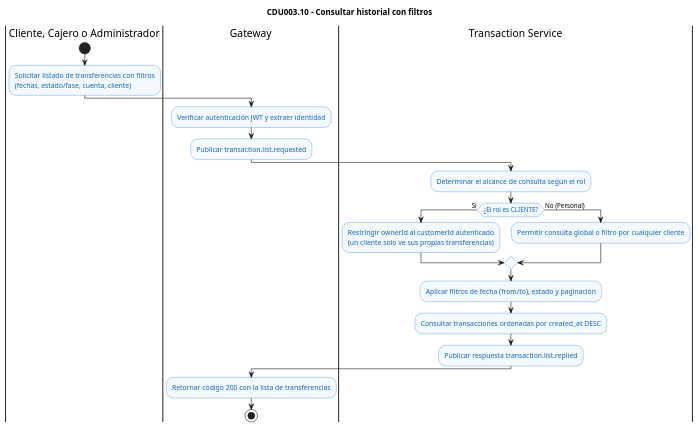
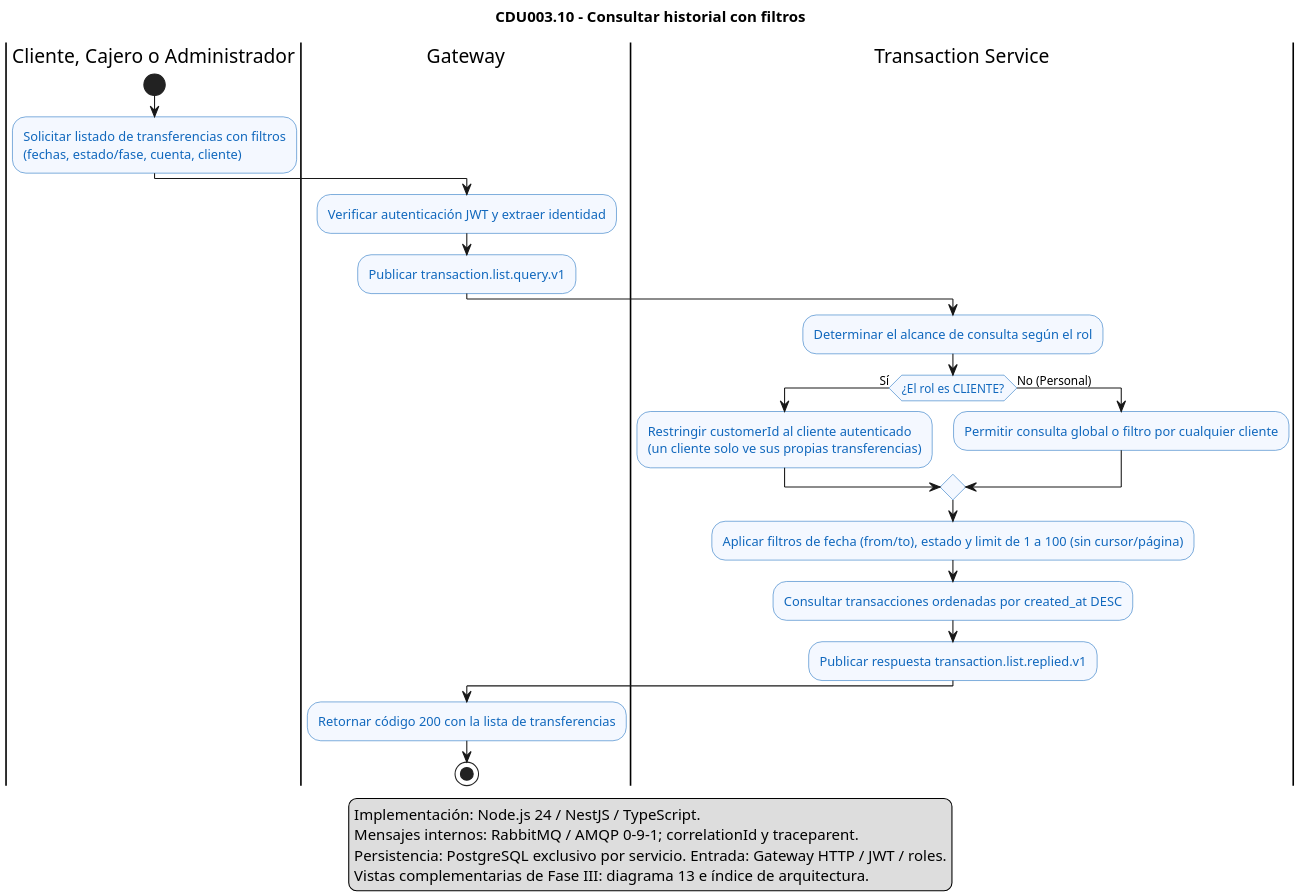
One commit to marcosbondel/Proyecto-SA-B-2 changed the diagram in docs/architecture/diagrams/cdu/transaction/flujos/CDU003.10-consultar-historial.puml. Above: the diagram before and after it, drawn with PlantUML. The commit also changed 74 other files, not shown here.

Commit message:
docs(cdu-er): actualizar casos de uso UML nativos, flujos de negocio y modelos ER fisicos

```diff
--- a/docs/architecture/diagrams/cdu/transaction/flujos/CDU003.10-consultar-historial.puml
+++ b/docs/architecture/diagrams/cdu/transaction/flujos/CDU003.10-consultar-historial.puml
@@ -1,32 +1,39 @@
 @startuml CDU003.10-consultar-historial
 title CDU003.10 - Consultar historial con filtros
 
 skinparam shadowing false
+skinparam dpi 180
 skinparam activity {
     BackgroundColor #F4F8FF
     BorderColor #1168BD
     FontColor #1168BD
 }
 
 |Cliente, Cajero o Administrador|
 start
 :Solicitar listado de transferencias con filtros
 (fechas, estado/fase, cuenta, cliente);
 |Gateway|
 :Verificar autenticación JWT y extraer identidad;
-:Publicar transaction.list.requested;
+:Publicar transaction.list.query.v1;
 |Transaction Service|
 :Determinar el alcance de consulta según el rol;
 if (¿El rol es CLIENTE?) then (Sí)
-    :Restringir ownerId al customerId autenticado
+    :Restringir customerId al cliente autenticado
     (un cliente solo ve sus propias transferencias);
 else (No (Personal))
     :Permitir consulta global o filtro por cualquier cliente;
 endif
-:Aplicar filtros de fecha (from/to), estado y paginación;
+:Aplicar filtros de fecha (from/to), estado y limit de 1 a 100 (sin cursor/página);
 :Consultar transacciones ordenadas por created_at DESC;
-:Publicar respuesta transaction.list.replied;
+:Publicar respuesta transaction.list.replied.v1;
 |Gateway|
 :Retornar código 200 con la lista de transferencias;
 stop
+legend bottom
+  Implementación: Node.js 24 / NestJS / TypeScript.
+  Mensajes internos: RabbitMQ / AMQP 0-9-1; correlationId y traceparent.
+  Persistencia: PostgreSQL exclusivo por servicio. Entrada: Gateway HTTP / JWT / roles.
+  Vistas complementarias de Fase III: diagrama 13 e índice de arquitectura.
+endlegend
 @enduml
```
